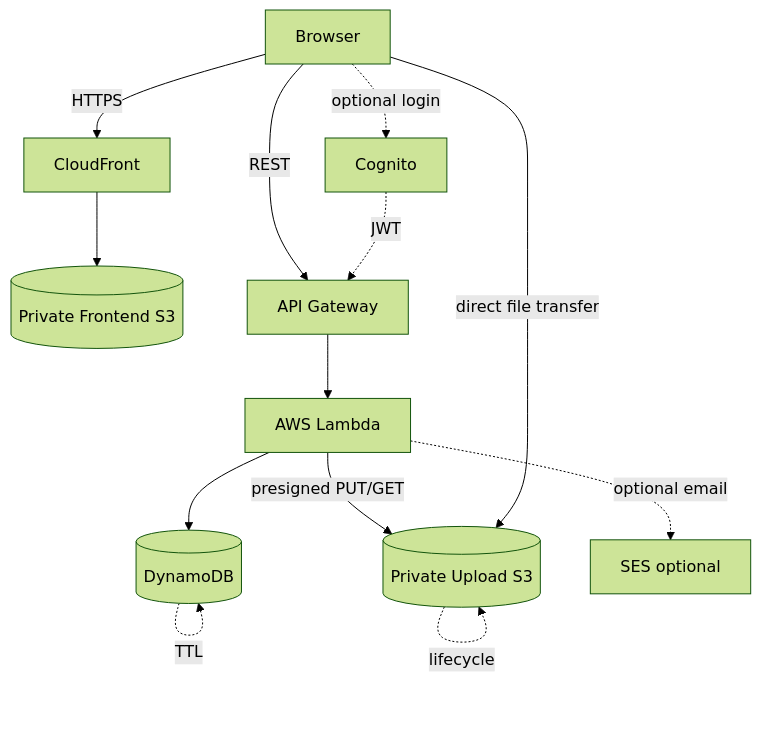
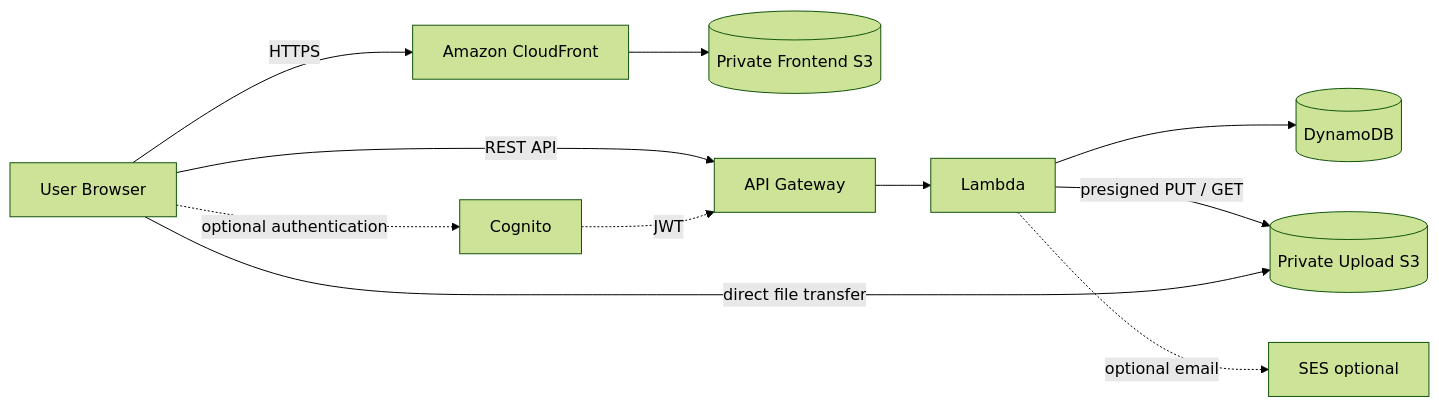
The first of 3 diagrams in README.md (Ibad84671/cloud-drop), drawn with Mermaid (forest theme) before and after one commit. The commit also changed other lines of this file, not shown here.

Commit message:
docs: rewrite CloudDrop README for production clarity

````diff
--- a/README.md
+++ b/README.md
@@ -73,25 +65,23 @@
 ```mermaid
-flowchart TD
-    B[Browser]
-    CF[CloudFront]
+flowchart LR
+    U[User Browser]
+    CF[Amazon CloudFront]
     FE[(Private Frontend S3)]
     API[API Gateway]
-    L[AWS Lambda]
+    L[Lambda]
     D[(DynamoDB)]
     S[(Private Upload S3)]
     C[Cognito]
-    E[SES optional]
+    SES[SES optional]
 
-    B -->|HTTPS| CF
+    U -->|HTTPS| CF
     CF --> FE
-    B -->|REST| API
+    U -->|REST API| API
     API --> L
     L --> D
-    L -->|presigned PUT/GET| S
-    B -->|direct file transfer| S
-    B -. optional login .-> C
+    L -->|presigned PUT / GET| S
+    U -->|direct file transfer| S
+    U -. optional authentication .-> C
     C -. JWT .-> API
-    L -. optional email .-> E
-    D -. TTL .-> D
-    S -. lifecycle .-> S
+    L -. optional email .-> SES
 ```
````
